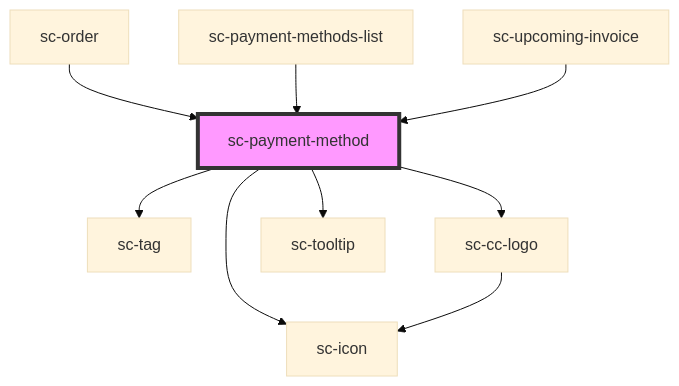
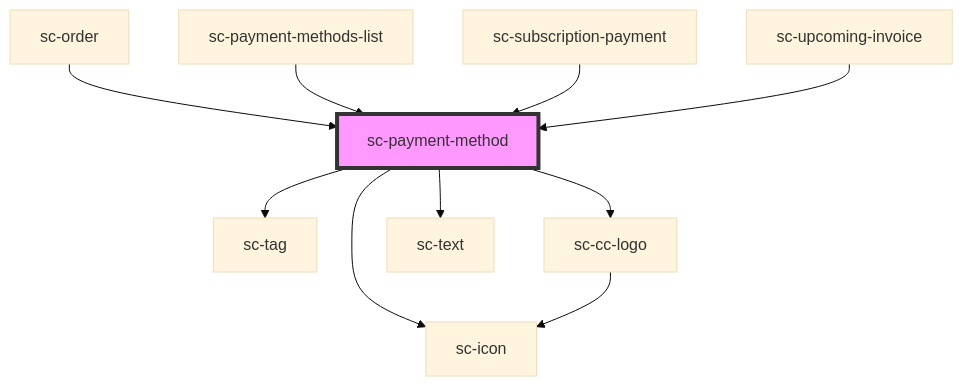
Before and after one commit to surecart/surecart-wp-plugin: the diagram in packages/components/src/components/ui/sc-payment-method/readme.md, drawn with Mermaid (base theme). The commit also changed other lines of this file and 12 other files, not shown here.

````diff
--- a/packages/components/src/components/ui/sc-payment-method/readme.md
+++ b/packages/components/src/components/ui/sc-payment-method/readme.md
@@ -38,12 +40,13 @@
 ```mermaid
 graph TD;
   sc-payment-method --> sc-tag
   sc-payment-method --> sc-cc-logo
-  sc-payment-method --> sc-tooltip
   sc-payment-method --> sc-icon
+  sc-payment-method --> sc-text
   sc-cc-logo --> sc-icon
   sc-order --> sc-payment-method
   sc-payment-methods-list --> sc-payment-method
+  sc-subscription-payment --> sc-payment-method
   sc-upcoming-invoice --> sc-payment-method
   style sc-payment-method fill:#f9f,stroke:#333,stroke-width:4px
 ```
````
